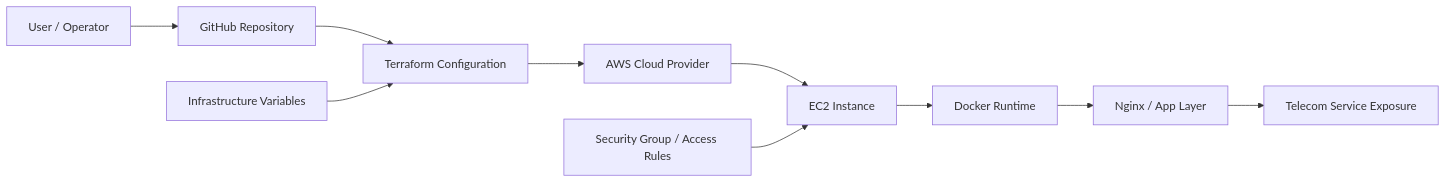
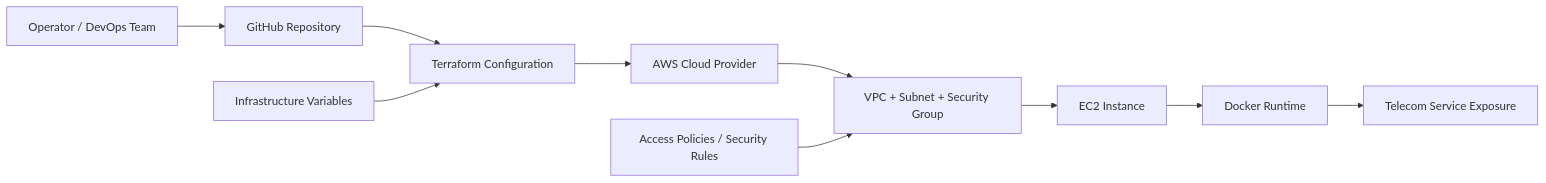
One commit to mohddilshadkhan2003/-IaC-Provisioning-for-Telecomm-System changed the first of 2 diagrams in README.md. Above: the diagram before and after it, drawn with Mermaid. The commit also changed other lines of this file, not shown here.

````diff
--- a/README.md
+++ b/README.md
@@ -28,13 +28,13 @@
 ```mermaid
 flowchart LR
-    A[User / Operator] --> B[GitHub Repository]
+    A[Operator / DevOps Team] --> B[GitHub Repository]
     B --> C[Terraform Configuration]
     C --> D[AWS Cloud Provider]
-    D --> E[EC2 Instance]
-    E --> F[Docker Runtime]
-    F --> G[Nginx / App Layer]
+    D --> E[VPC + Subnet + Security Group]
+    E --> F[EC2 Instance]
+    F --> G[Docker Runtime]
     G --> H[Telecom Service Exposure]
 
-    I[Security Group / Access Rules] --> E
-    J[Infrastructure Variables] --> C
+    I[Infrastructure Variables] --> C
+    J[Access Policies / Security Rules] --> E
 ```
````
